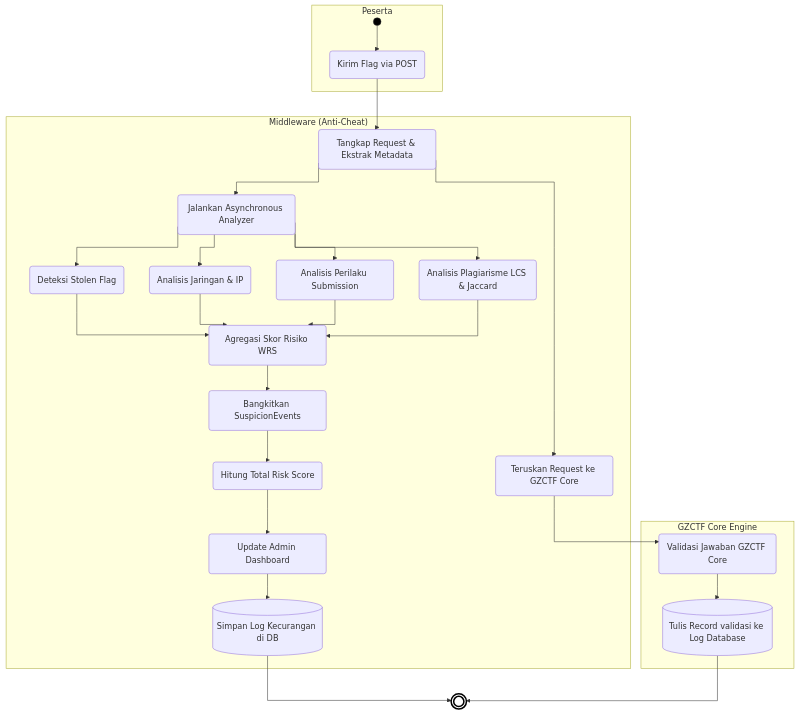
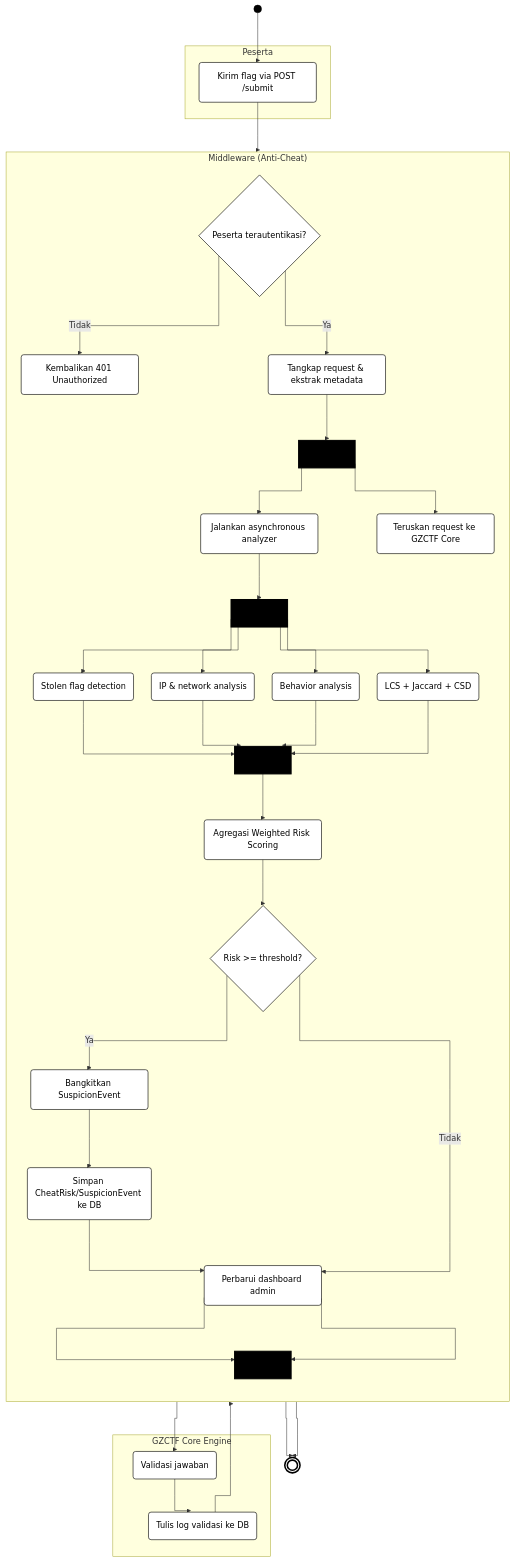
One commit to dimasma0305/proposal-skripsi changed the fifth of 10 diagrams in index.qmd. Above: the diagram before and after it, drawn with Mermaid. The commit also changed other lines of this file, not shown here.

Commit message:
docs: Enhance anti-cheat activity diagram with detailed steps, authentication, parallel processing, and an updated explanation.

````diff
--- a/index.qmd
+++ b/index.qmd
@@ -510,45 +510,73 @@
 ```{mermaid}
 %%| fig-cap: "Activity Diagram Alur Deteksi Kecurangan"
 %%| fig-width: 6.5
 %%| label: fig-activity
-%%{init: {"flowchart": {"curve": "stepBefore"}}}%%
+%%{init: {"flowchart": {"curve": "stepBefore", "nodeSpacing": 35, "rankSpacing": 65}}}%%
 flowchart TD
-    classDef startEnd fill:#000,stroke:#333,color:#fff,shape:circle;
-    classDef final fill:#fff,stroke:#000,stroke-width:3px;
-    
-    Start(( )):::startEnd
+    classDef initial fill:#000,stroke:#000,color:#000;
+    classDef final fill:#fff,stroke:#000,stroke-width:3px,color:#000;
+    classDef action fill:#fff,stroke:#000,stroke-width:1.2px,color:#000;
+    classDef decision fill:#fff,stroke:#000,stroke-width:1.2px,color:#000;
+    classDef db fill:#fff,stroke:#000,stroke-width:1.2px,color:#000;
+    classDef forkjoin fill:#000,stroke:#000,color:#000,stroke-width:2px;
+
+    Start(( )):::initial
     End((( ))):::final
-    
-    subgraph Peserta
-        Start --> Submit(Kirim Flag via POST)
+
+    subgraph Peserta["Peserta"]
+        Submit(Kirim flag via POST /submit):::action
     end
-    
-    subgraph Middleware["Middleware (Anti-Cheat)"]
-        Submit --> Intercept(Tangkap Request & Ekstrak Metadata)
-        Intercept --> AsyncAnalyze(Jalankan Asynchronous Analyzer)
-        Intercept --> Forward(Teruskan Request ke GZCTF Core)
-        
-        AsyncAnalyze --> CekStolen(Deteksi Stolen Flag)
-        AsyncAnalyze --> CekNetwork(Analisis Jaringan & IP)
-        AsyncAnalyze --> CekBehavior(Analisis Perilaku Submission)
-        AsyncAnalyze --> CekPlagiasi(Analisis Plagiarisme LCS & Jaccard)
-        
-        CekStolen --> Agregasi(Agregasi Skor Risiko WRS)
-        CekNetwork --> Agregasi
-        CekBehavior --> Agregasi
-        CekPlagiasi --> Agregasi
-        
-        Agregasi --> Trans(Bangkitkan SuspicionEvents)
-        Trans --> KalkTotal(Hitung Total Risk Score)
-        KalkTotal --> Dashboard(Update Admin Dashboard)
-        Dashboard --> SimpanDB[(Simpan Log Kecurangan di DB)]
+
+    subgraph Middleware["Middleware (Anti-Cheat)<br/><br/>"]
+        direction TB
+        AuthCheck{Peserta terautentikasi?}:::decision
+        Reject(Kembalikan 401 Unauthorized):::action
+        Intercept(Tangkap request & ekstrak metadata):::action
+        Fork1["&nbsp;&nbsp;&nbsp;&nbsp;&nbsp;&nbsp;&nbsp;&nbsp;&nbsp;&nbsp;"]:::forkjoin
+        AsyncAnalyze(Jalankan asynchronous analyzer):::action
+        Forward(Teruskan request ke GZCTF Core):::action
+
+        Fork2["&nbsp;&nbsp;&nbsp;&nbsp;&nbsp;&nbsp;&nbsp;&nbsp;&nbsp;&nbsp;"]:::forkjoin
+        CekStolen(Stolen flag detection):::action
+        CekNetwork(IP & network analysis):::action
+        CekBehavior(Behavior analysis):::action
+        CekPlagiasi(LCS + Jaccard + CSD):::action
+        Join2["&nbsp;&nbsp;&nbsp;&nbsp;&nbsp;&nbsp;&nbsp;&nbsp;&nbsp;&nbsp;"]:::forkjoin
+
+        Agregasi(Agregasi Weighted Risk Scoring):::action
+        RiskGate{Risk >= threshold?}:::decision
+        Trans(Bangkitkan SuspicionEvent):::action
+        SimpanDB(Simpan CheatRisk/SuspicionEvent ke DB):::db
+        Dashboard(Perbarui dashboard admin):::action
+        Join1["&nbsp;&nbsp;&nbsp;&nbsp;&nbsp;&nbsp;&nbsp;&nbsp;&nbsp;&nbsp;"]:::forkjoin
     end
-    
+
     subgraph GZCTFCore["GZCTF Core Engine"]
-        Forward --> Validasi(Validasi Jawaban GZCTF Core)
-        Validasi --> Logs[(Tulis Record validasi ke Log Database)]
+        Validasi(Validasi jawaban):::action
+        Logs(Tulis log validasi ke DB):::db
     end
-    
-    SimpanDB --> End
-    Logs --> End
+
+    Start --> Submit --> AuthCheck
+    AuthCheck -- Tidak --> Reject --> End
+    AuthCheck -- Ya --> Intercept --> Fork1
+
+    Fork1 --> AsyncAnalyze
+    Fork1 --> Forward
+
+    Forward --> Validasi --> Logs --> Join1
+
+    AsyncAnalyze --> Fork2
+    Fork2 --> CekStolen
+    Fork2 --> CekNetwork
+    Fork2 --> CekBehavior
+    Fork2 --> CekPlagiasi
+    CekStolen --> Join2
+    CekNetwork --> Join2
+    CekBehavior --> Join2
+    CekPlagiasi --> Join2
+
+    Join2 --> Agregasi --> RiskGate
+    RiskGate -- Ya --> Trans --> SimpanDB --> Dashboard --> Join1
+    RiskGate -- Tidak --> Dashboard --> Join1
+    Join1 --> End
 ```
````
